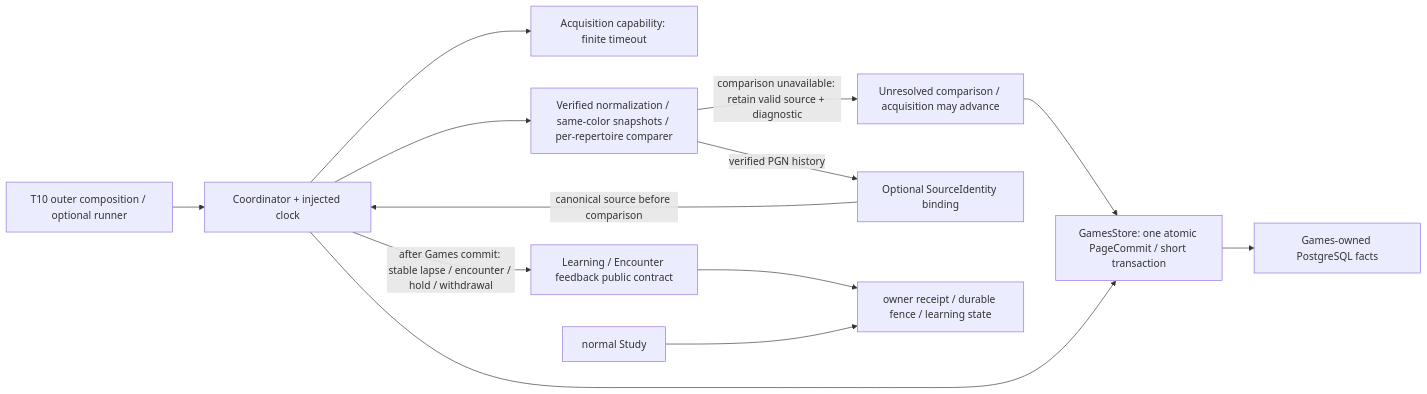
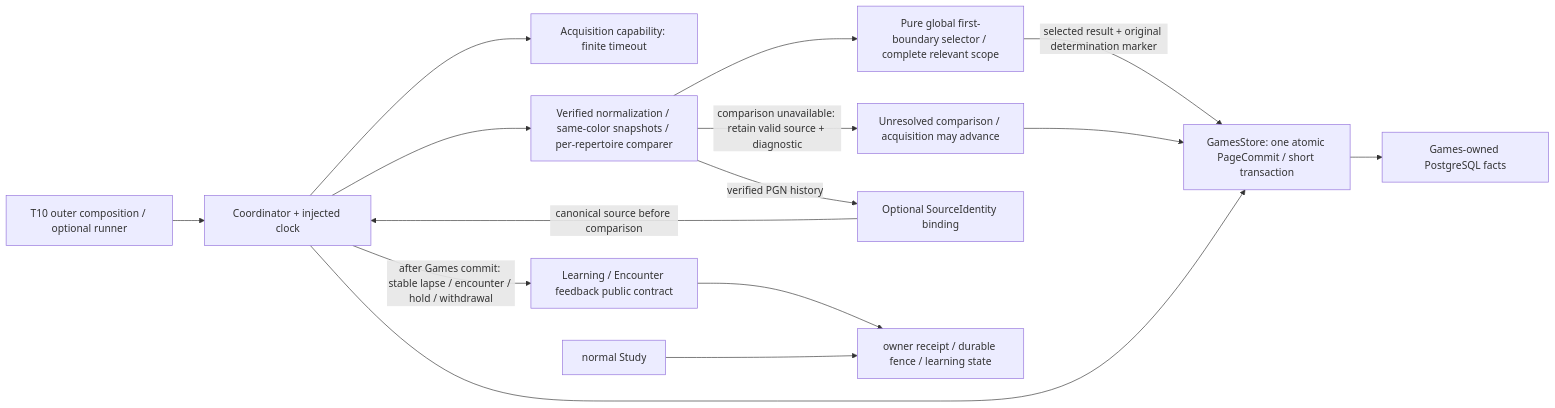
The second of 5 diagrams in backend/app/games/feedback/README.md (aaweaver-actuary/tempo), drawn with Mermaid before and after one commit. The commit also changed other lines of this file and 15 other files, not shown here.

Commit message:
Select one global first repertoire departure for automatic feedback

````diff
--- a/backend/app/games/feedback/README.md
+++ b/backend/app/games/feedback/README.md
@@ -131,15 +131,17 @@
 ```mermaid
 flowchart LR
   Runtime["T10 outer composition / optional runner"] --> C["Coordinator + injected clock"]
   C --> Provider["Acquisition capability: finite timeout"]
   C --> Pure["Verified normalization / same-color snapshots / per-repertoire comparer"]
+  Pure --> First["Pure global first-boundary selector / complete relevant scope"]
+  First -->|"selected result + original determination marker"| Store
   Pure -->|"comparison unavailable: retain valid source + diagnostic"| Unresolved["Unresolved comparison / acquisition may advance"]
   Unresolved --> Store
   Pure -->|"verified PGN history"| Identity["Optional SourceIdentity binding"]
   Identity -->|"canonical source before comparison"| C
   C --> Store["GamesStore: one atomic PageCommit / short transaction"]
   Store --> PG["Games-owned PostgreSQL facts"]
   C -->|"after Games commit: stable lapse / encounter / hold / withdrawal"| Owner["Learning / Encounter feedback public contract"]
   Owner --> Receipt["owner receipt / durable fence / learning state"]
   Study["normal Study"] --> Receipt
 ```
````
